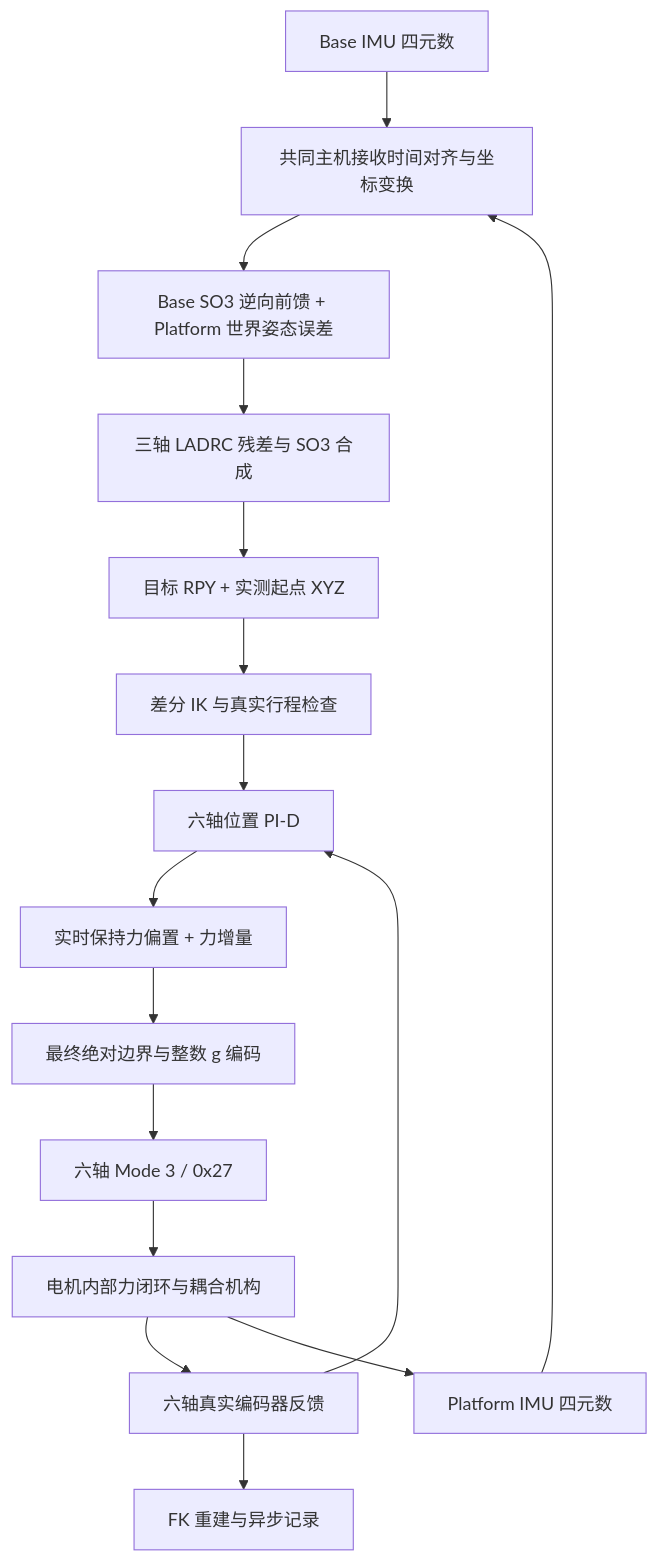
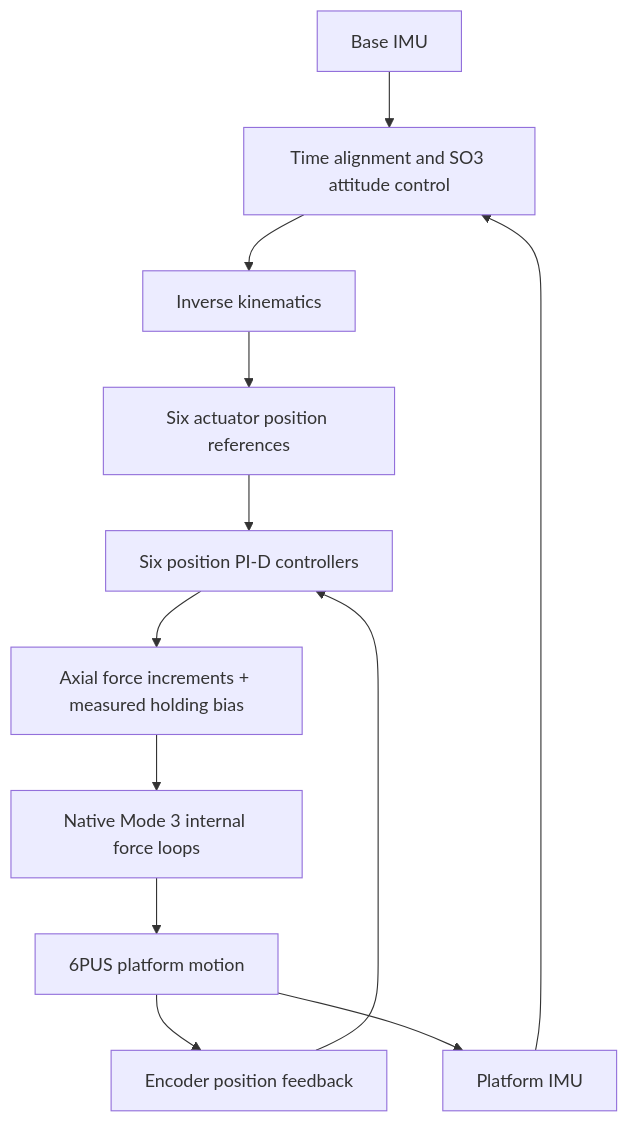
The diagram in README.md (LiorenYuhang/6pus-bone-drill-force-control), drawn with Mermaid before and after one commit. The commit also changed other lines of this file and 1 other file, not shown here.

Commit message:
docs(force): rewrite bilingual project README

````diff
--- a/README.md
+++ b/README.md
@@ -26,18 +56,14 @@
 ```mermaid
 flowchart TD
-    B[Base IMU 四元数] --> S[共同主机接收时间对齐与坐标变换]
-    P[Platform IMU 四元数] --> S
-    S --> A[Base SO3 逆向前馈 + Platform 世界姿态误差]
-    A --> L[三轴 LADRC 残差与 SO3 合成]
-    L --> T[目标 RPY + 实测起点 XYZ]
-    T --> K[差分 IK 与真实行程检查]
-    K --> J[六轴位置 PI-D]
-    Q[六轴真实编码器反馈] --> J
-    J --> F[实时保持力偏置 + 力增量]
-    F --> G[最终绝对边界与整数 g 编码]
-    G --> M[六轴 Mode 3 / 0x27]
-    M --> I[电机内部力闭环与耦合机构]
-    I --> Q
-    I --> P
-    Q --> FK[FK 重建与异步记录]
+    Base[Base IMU] --> Attitude[Time alignment and SO3 attitude control]
+    Platform[Platform IMU] --> Attitude
+    Attitude --> IK[Inverse kinematics]
+    IK --> Reference[Six actuator position references]
+    Reference --> PID[Six position PI-D controllers]
+    Position[Encoder position feedback] --> PID
+    PID --> Force[Axial force increments + measured holding bias]
+    Force --> Drive[Native Mode 3 internal force loops]
+    Drive --> Robot[6PUS platform motion]
+    Robot --> Position
+    Robot --> Platform
 ```
````
